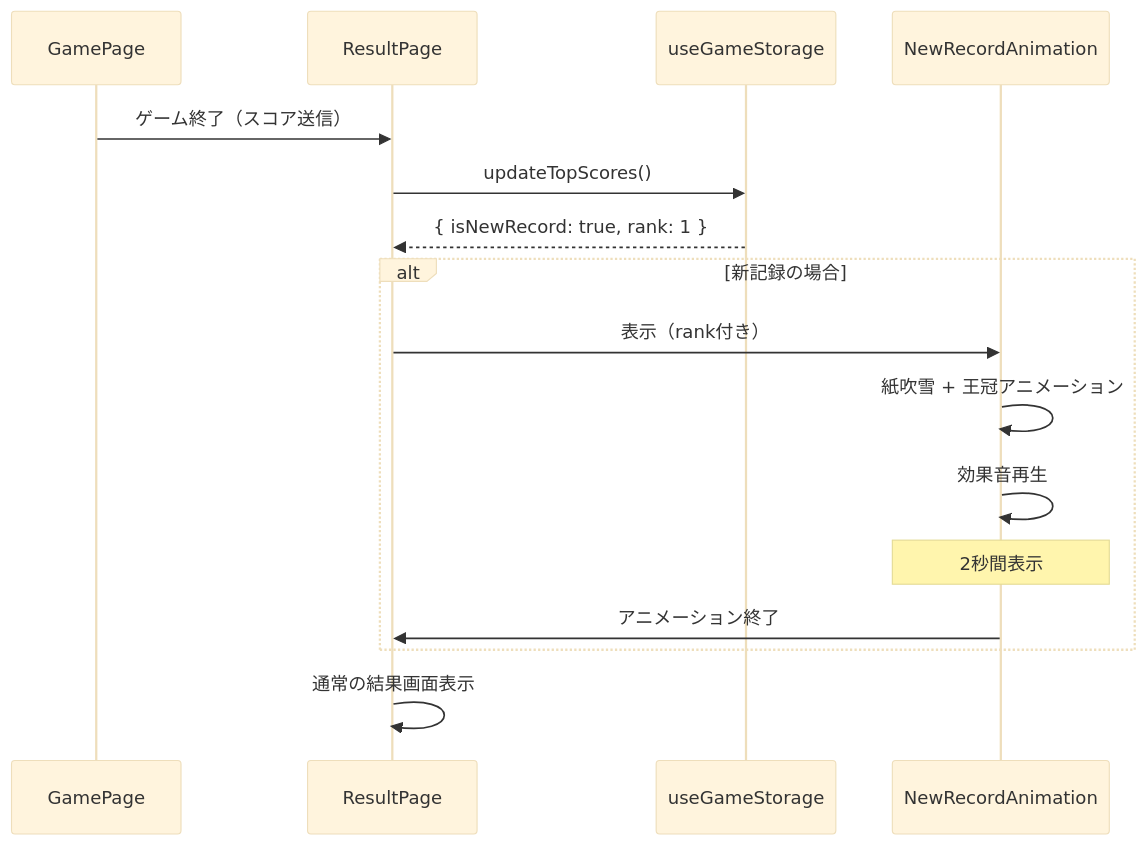
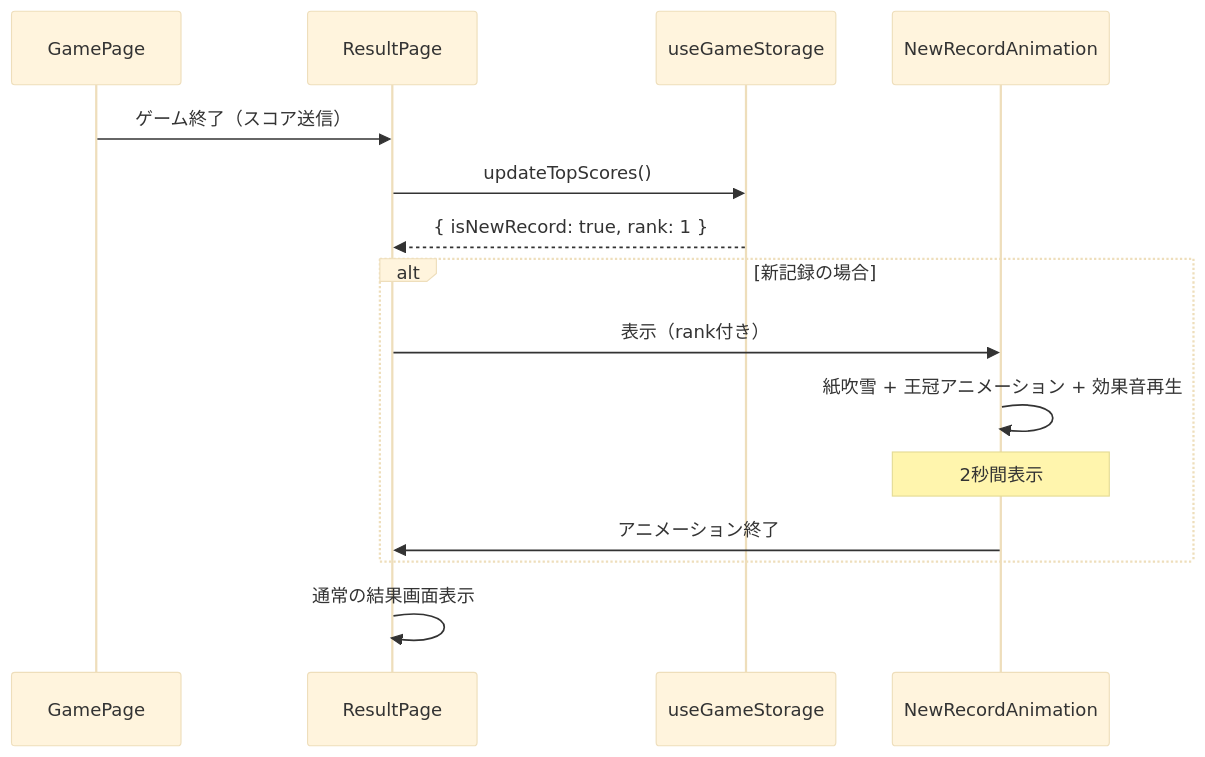
The fourth of 6 diagrams in docs/specs/02_architecture.md (50ra4/coin-toss-game), drawn with Mermaid (base theme) before and after one commit. The commit also changed other lines of this file and 7 other files, not shown here.

````diff
--- a/docs/specs/02_architecture.md
+++ b/docs/specs/02_architecture.md
@@ -612,21 +297,20 @@
 ```mermaid
 sequenceDiagram
     participant Game as GamePage
     participant Result as ResultPage
     participant Storage as useGameStorage
     participant Animation as NewRecordAnimation
 
     Game->>Result: ゲーム終了（スコア送信）
     Result->>Storage: updateTopScores()
     Storage-->>Result: { isNewRecord: true, rank: 1 }
 
     alt 新記録の場合
         Result->>Animation: 表示（rank付き）
-        Animation->>Animation: 紙吹雪 + 王冠アニメーション
-        Animation->>Animation: 効果音再生
+        Animation->>Animation: 紙吹雪 + 王冠アニメーション + 効果音再生
         Note over Animation: 2秒間表示
         Animation->>Result: アニメーション終了
     end
 
     Result->>Result: 通常の結果画面表示
 ```
````
